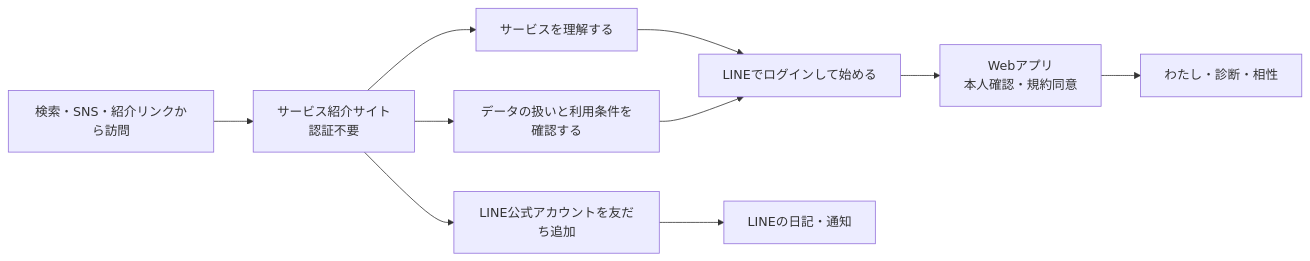
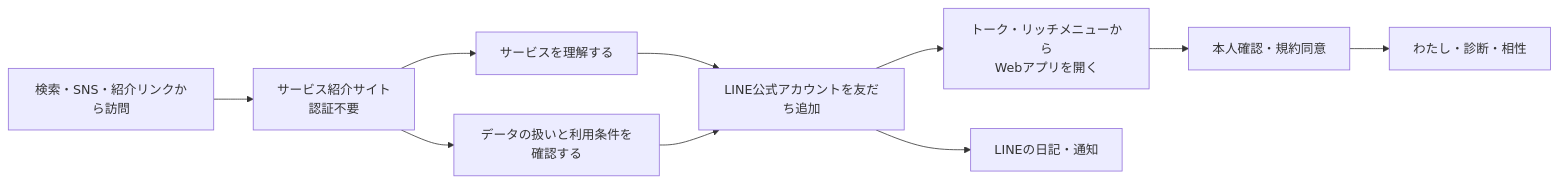
One commit to kkyosuke/me-builder changed the first of 2 diagrams in docs/product/service-site-design.md. Above: the diagram before and after it, drawn with Mermaid. The commit also changed other lines of this file and 32 other files, not shown here.

````diff
--- a/docs/product/service-site-design.md
+++ b/docs/product/service-site-design.md
@@ -33,12 +33,12 @@
 ```mermaid
 flowchart LR
     V[検索・SNS・紹介リンクから訪問] --> S[サービス紹介サイト<br/>認証不要]
     S --> U[サービスを理解する]
     S --> T[データの扱いと利用条件を確認する]
-    U --> C[LINEでログインして始める]
-    T --> C
-    C --> A[Webアプリ<br/>本人確認・規約同意]
-    A --> E[わたし・診断・相性]
-    S --> L[LINE公式アカウントを友だち追加]
+    U --> L[LINE公式アカウントを友だち追加]
+    T --> L
+    L --> A[トーク・リッチメニューから<br/>Webアプリを開く]
+    A --> C[本人確認・規約同意]
+    C --> E[わたし・診断・相性]
     L --> D[LINEの日記・通知]
 ```
````
